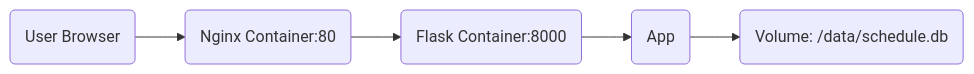
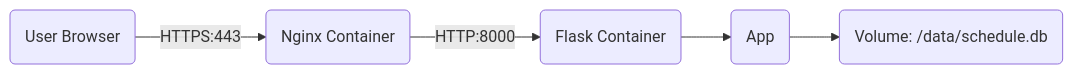
Before and after one commit to redlady-GH/lecture_notice_board: the diagram in readme.md, drawn with Mermaid. The commit also changed other lines of this file and 6 other files, not shown here.

````diff
--- a/readme.md
+++ b/readme.md
@@ -26,7 +26,7 @@
 ```mermaid
 graph LR
-    Client("User Browser") --> Nginx("Nginx Container:80")
-    Nginx --> Gunicorn("Flask Container:8000")
+    Client("User Browser") -->|"HTTPS:443"| Nginx("Nginx Container")
+    Nginx -->|"HTTP:8000"| Gunicorn("Flask Container")
     Gunicorn --> Flask("App")
     Flask --> SQLite("Volume: /data/schedule.db")
 ```
````
